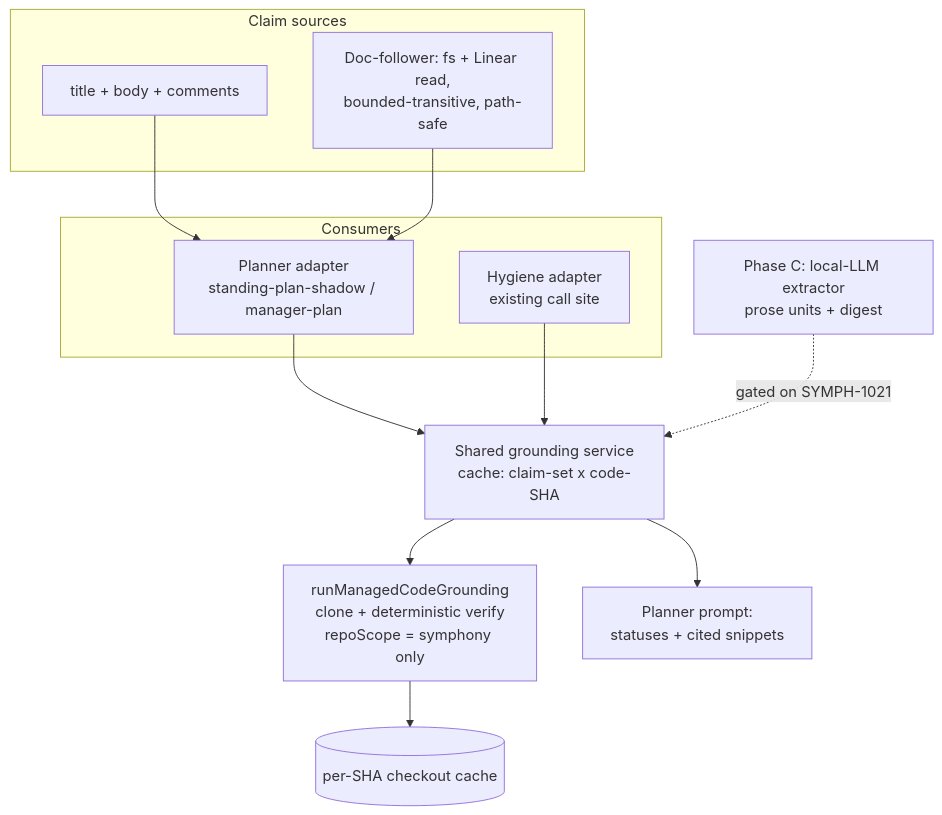
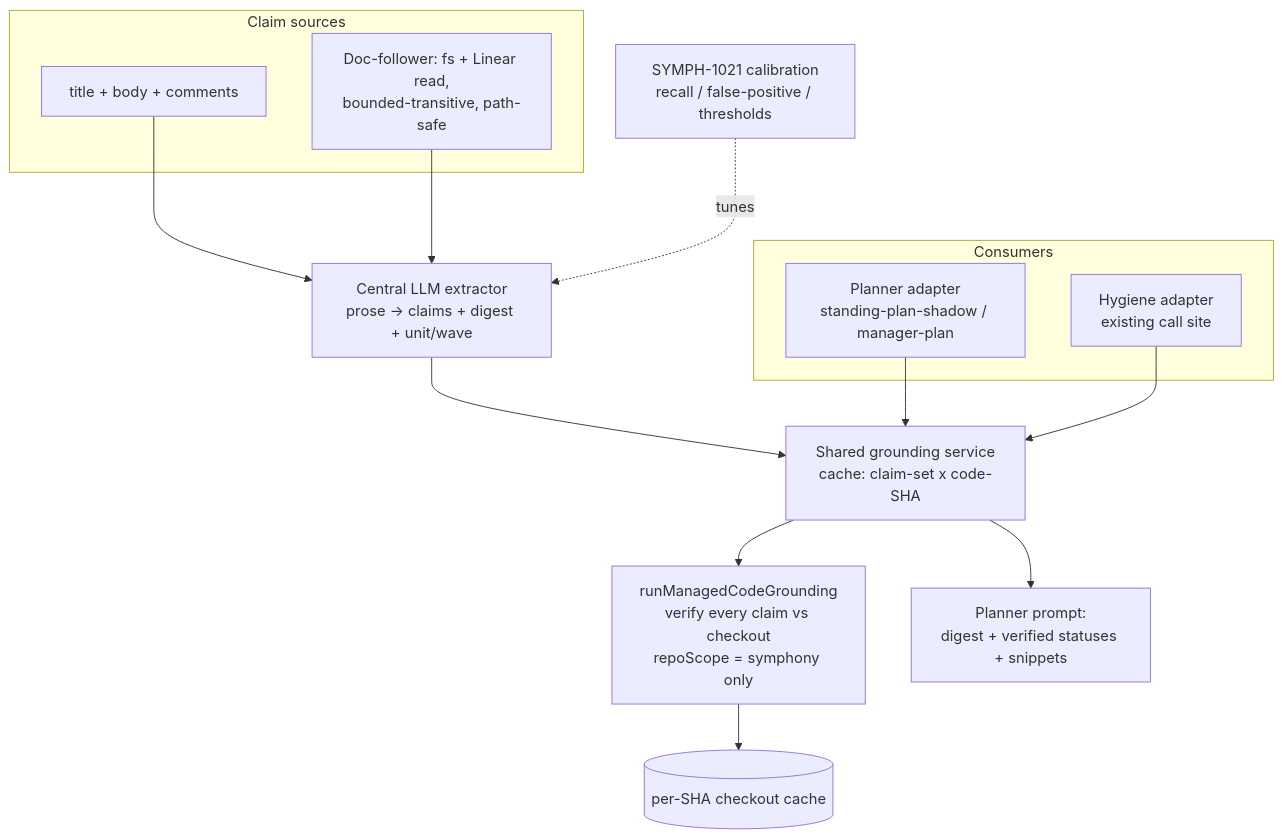
Before and after one commit to mobilyze-llc/symphony-ts: the second of 2 diagrams in docs/plans/2026-07-01-symph-1017-planner-deep-code-grounding-plan.md, drawn with Mermaid. The commit also changed other lines of this file, not shown here.

First line of the commit message:
docs(plan): SYMPH-1017 — make LLM extractor central + LLM comment-relevance

````diff
--- a/docs/plans/2026-07-01-symph-1017-planner-deep-code-grounding-plan.md
+++ b/docs/plans/2026-07-01-symph-1017-planner-deep-code-grounding-plan.md
@@ -205,19 +209,20 @@
 ```mermaid
 flowchart TB
   subgraph Sources[Claim sources]
     TC[title + body + comments]
     DFR[Doc-follower: fs + Linear read,<br/>bounded-transitive, path-safe]
   end
   subgraph Consumers
     PL[Planner adapter<br/>standing-plan-shadow / manager-plan]
     HY[Hygiene adapter<br/>existing call site]
   end
-  TC --> PL
-  DFR --> PL
-  PL --> SVC[Shared grounding service<br/>cache: claim-set x code-SHA]
+  TC --> EX[Central LLM extractor<br/>prose -> claims + digest + unit/wave]
+  DFR --> EX
+  EX --> SVC[Shared grounding service<br/>cache: claim-set x code-SHA]
+  PL --> SVC
   HY --> SVC
-  SVC --> CORE[runManagedCodeGrounding<br/>clone + deterministic verify<br/>repoScope = symphony only]
+  SVC --> CORE[runManagedCodeGrounding<br/>verify every claim vs checkout<br/>repoScope = symphony only]
   CORE --> CO[(per-SHA checkout cache)]
-  SVC --> PQ[Planner prompt:<br/>statuses + cited snippets]
-  EX[Phase C: local-LLM extractor<br/>prose units + digest] -. gated on SYMPH-1021 .-> SVC
+  SVC --> PQ[Planner prompt:<br/>digest + verified statuses + snippets]
+  CAL[SYMPH-1021 calibration<br/>recall / false-positive / thresholds] -. tunes .-> EX
 ```
````
